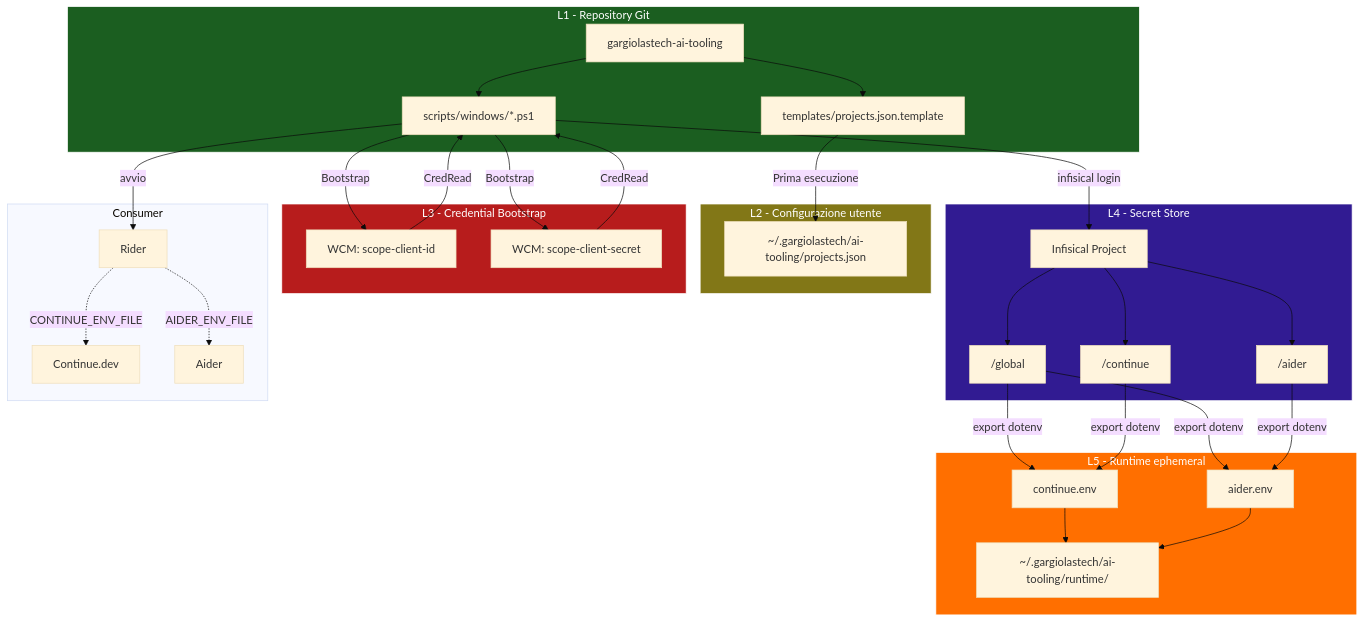
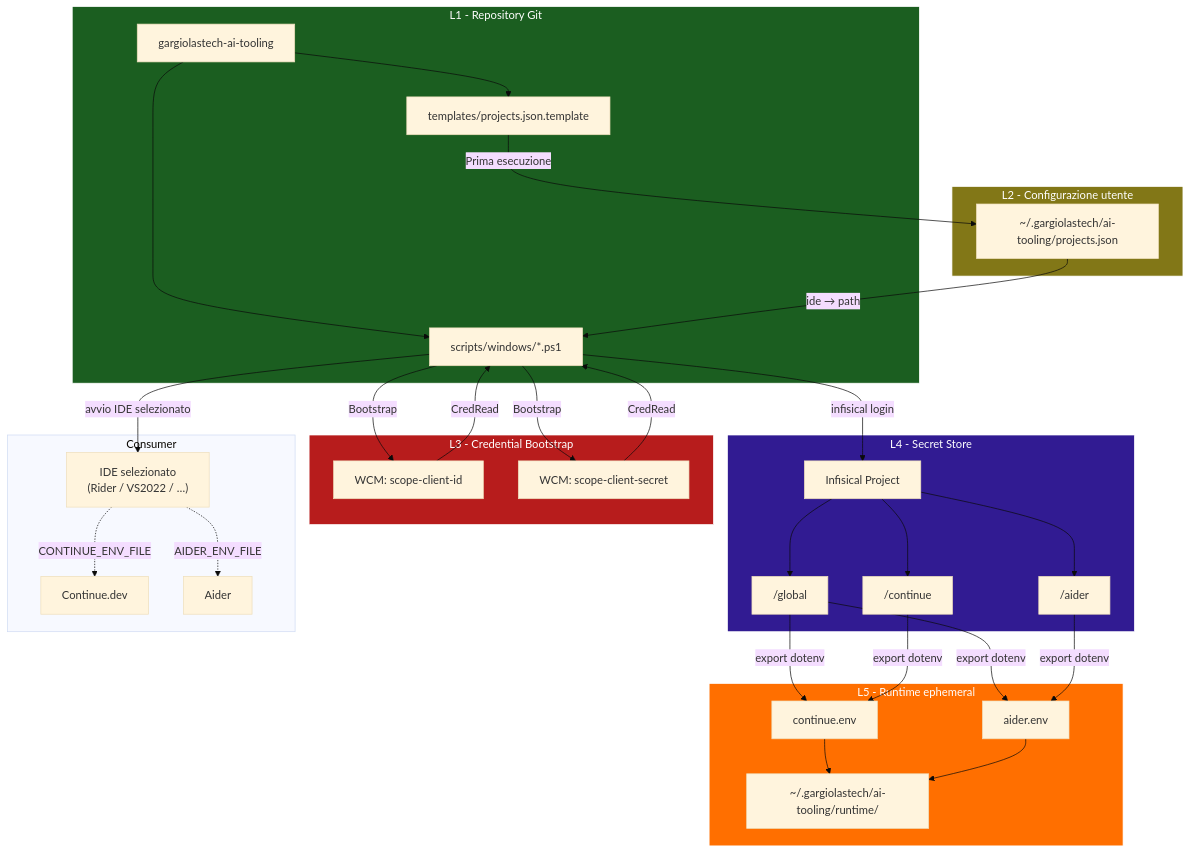
One commit to gargiolastech-core/gargiolastech-ai-tooling changed the second of 21 diagrams in docs/DOCUMENTATION.md. Above: the diagram before and after it, drawn with Mermaid (base theme). The commit also changed other lines of this file, not shown here.

Commit message:
docs: Comprehensive update of `DOCUMENTATION.md` for v2.0 multi-IDE support

````diff
--- a/docs/DOCUMENTATION.md
+++ b/docs/DOCUMENTATION.md
@@ -151,63 +158,64 @@
 ```mermaid
 flowchart TB
     subgraph L1["L1 - Repository Git"]
         REPO["gargiolastech-ai-tooling"]
         TPL["templates/projects.json.template"]
         SCRIPTS["scripts/windows/*.ps1"]
     end
 
     subgraph L2["L2 - Configurazione utente"]
         CFG["~/.gargiolastech/ai-tooling/projects.json"]
     end
 
     subgraph L3["L3 - Credential Bootstrap"]
         WCM_ID["WCM: scope-client-id"]
         WCM_SECRET["WCM: scope-client-secret"]
     end
 
     subgraph L4["L4 - Secret Store"]
         INF["Infisical Project"]
         GLOBAL["/global"]
         CONT_PATH["/continue"]
         AIDER_PATH["/aider"]
     end
 
     subgraph L5["L5 - Runtime ephemeral"]
         RUN_DIR["~/.gargiolastech/ai-tooling/runtime/"]
         CONT_ENV["continue.env"]
         AIDER_ENV["aider.env"]
     end
 
     subgraph CONSUMERS["Consumer"]
-        RIDER["Rider"]
+        IDE["IDE selezionato<br/>(Rider / VS2022 / …)"]
         CONT["Continue.dev"]
         AIDER["Aider"]
     end
 
     REPO --> TPL
     REPO --> SCRIPTS
     TPL -->|"Prima esecuzione"| CFG
     SCRIPTS -->|"Bootstrap"| WCM_ID
     SCRIPTS -->|"Bootstrap"| WCM_SECRET
     WCM_ID -->|"CredRead"| SCRIPTS
     WCM_SECRET -->|"CredRead"| SCRIPTS
     SCRIPTS -->|"infisical login"| INF
     INF --> GLOBAL
     INF --> CONT_PATH
     INF --> AIDER_PATH
     GLOBAL -->|"export dotenv"| CONT_ENV
     CONT_PATH -->|"export dotenv"| CONT_ENV
     GLOBAL -->|"export dotenv"| AIDER_ENV
     AIDER_PATH -->|"export dotenv"| AIDER_ENV
     CONT_ENV --> RUN_DIR
     AIDER_ENV --> RUN_DIR
-    SCRIPTS -->|"avvio"| RIDER
-    RIDER -.->|"CONTINUE_ENV_FILE"| CONT
-    RIDER -.->|"AIDER_ENV_FILE"| AIDER
+    CFG -->|"ide → path"| SCRIPTS
+    SCRIPTS -->|"avvio IDE selezionato"| IDE
+    IDE -.->|"CONTINUE_ENV_FILE"| CONT
+    IDE -.->|"AIDER_ENV_FILE"| AIDER
 
     style L1 fill:#1b5e20,stroke:#fff,color:#fff
     style L2 fill:#827717,stroke:#fff,color:#fff
     style L3 fill:#b71c1c,stroke:#fff,color:#fff
     style L4 fill:#311b92,stroke:#fff,color:#fff
     style L5 fill:#ff6f00,stroke:#fff,color:#fff
 ```
````
